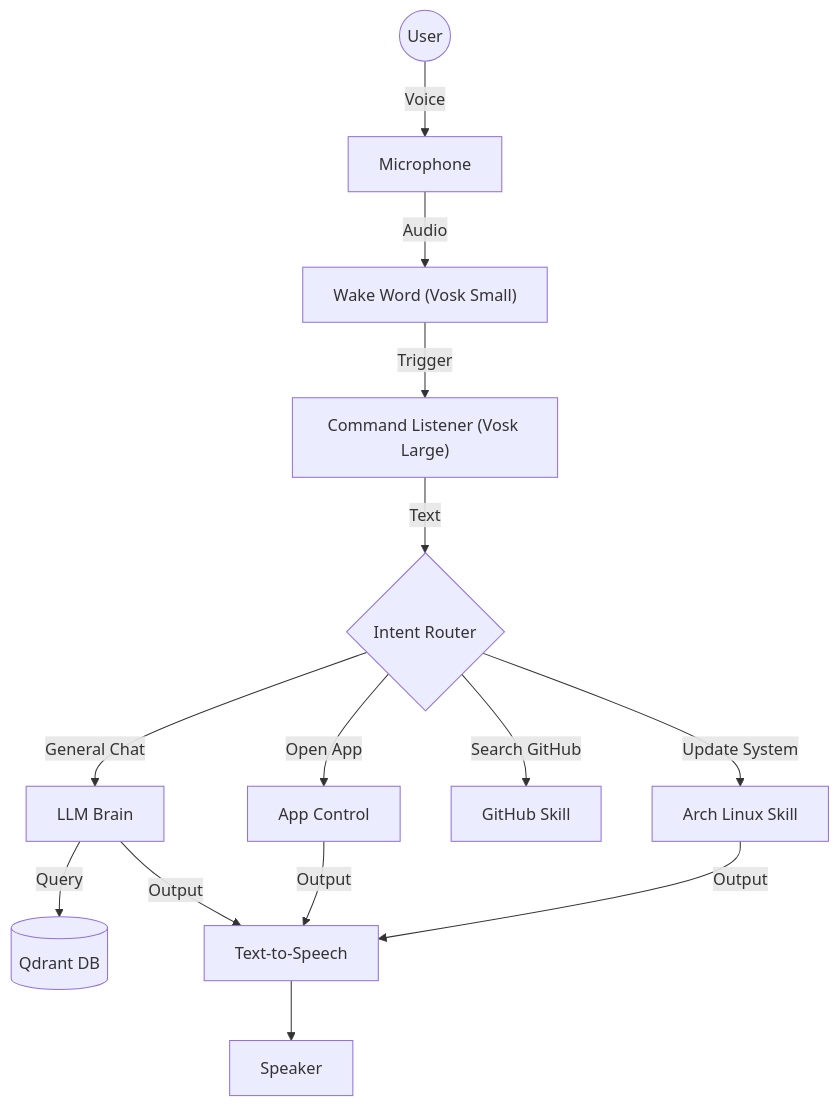
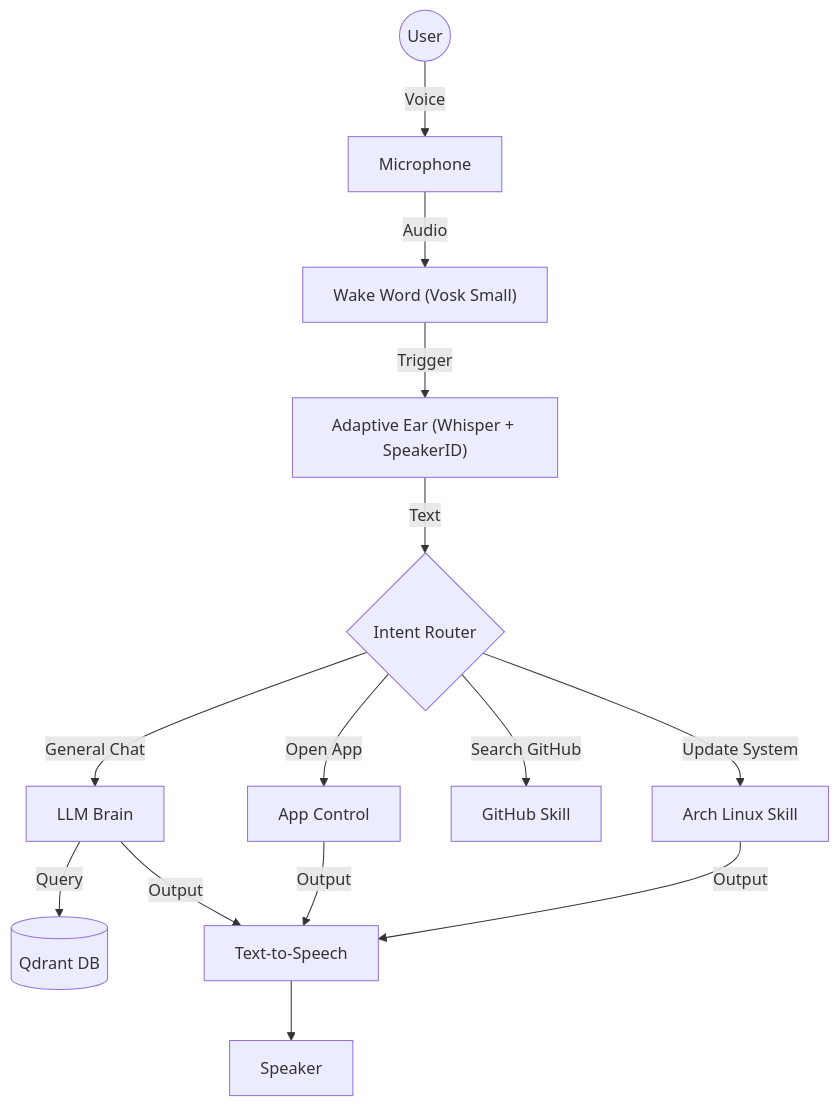
Before and after one commit to mittai17/Project-A1: the diagram in README.md, drawn with Mermaid. The commit also changed other lines of this file and 14 other files, not shown here.

Commit message:
feat: add speaker-adaptive ASR system with voice enrollment and biasing

````diff
--- a/README.md
+++ b/README.md
@@ -91,18 +96,18 @@
 ```mermaid
 graph TD
     User((User)) -->|Voice| Mic[Microphone]
     Mic -->|Audio| Wake["Wake Word (Vosk Small)"]
-    Wake -->|Trigger| Listen["Command Listener (Vosk Large)"]
+    Wake -->|Trigger| Listen["Adaptive Ear (Whisper + SpeakerID)"]
     Listen -->|Text| Router{"Intent Router"}
     
     Router -->|"Update System"| SkillArch[Arch Linux Skill]
     Router -->|"Open App"| SkillApp[App Control]
     Router -->|"Search GitHub"| SkillFOSS[GitHub Skill]
     Router -->|"General Chat"| Brain[LLM Brain]
     
     Brain -->|Query| Memory[("Qdrant DB")]
     SkillArch -->|Output| TTS[Text-to-Speech]
     SkillApp -->|Output| TTS
     Brain -->|Output| TTS
     TTS --> Speaker
 ```
````
